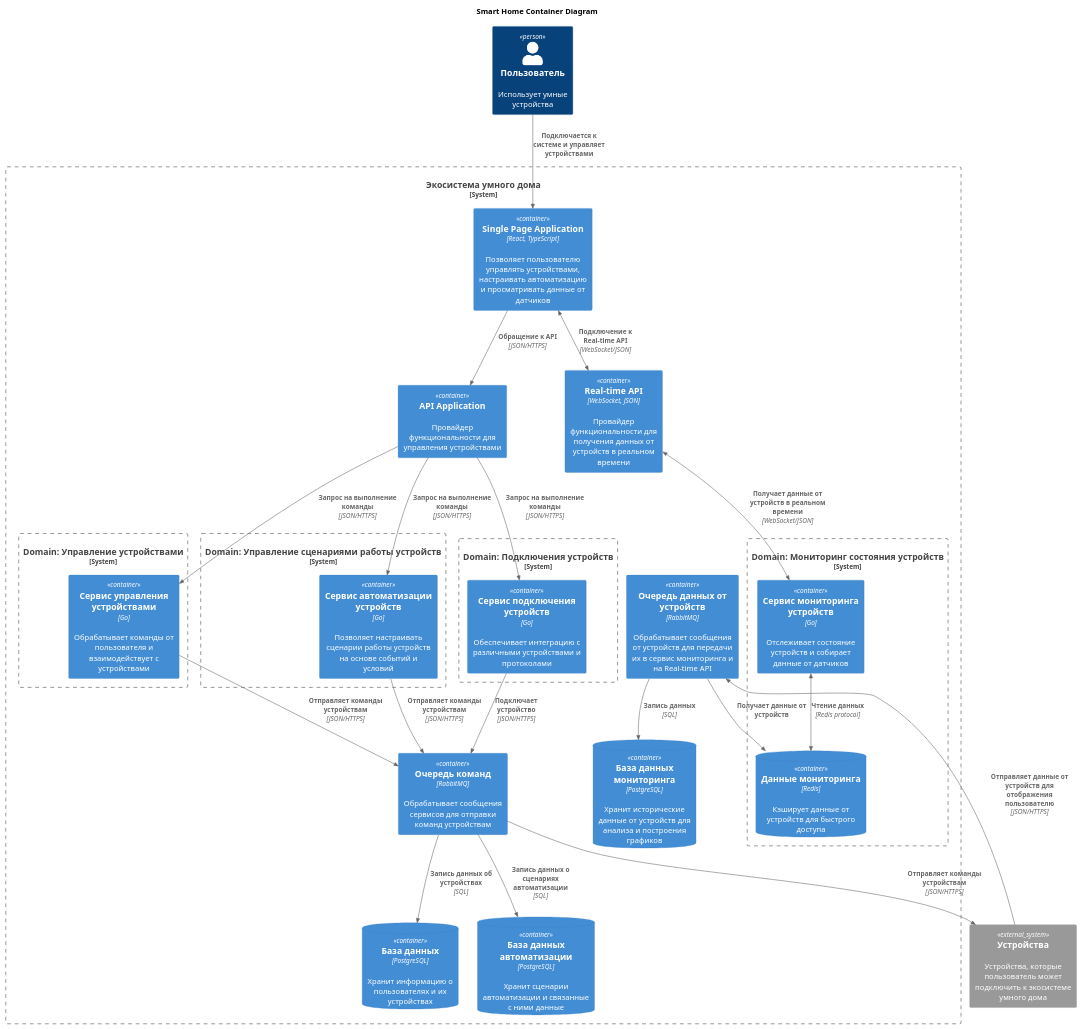
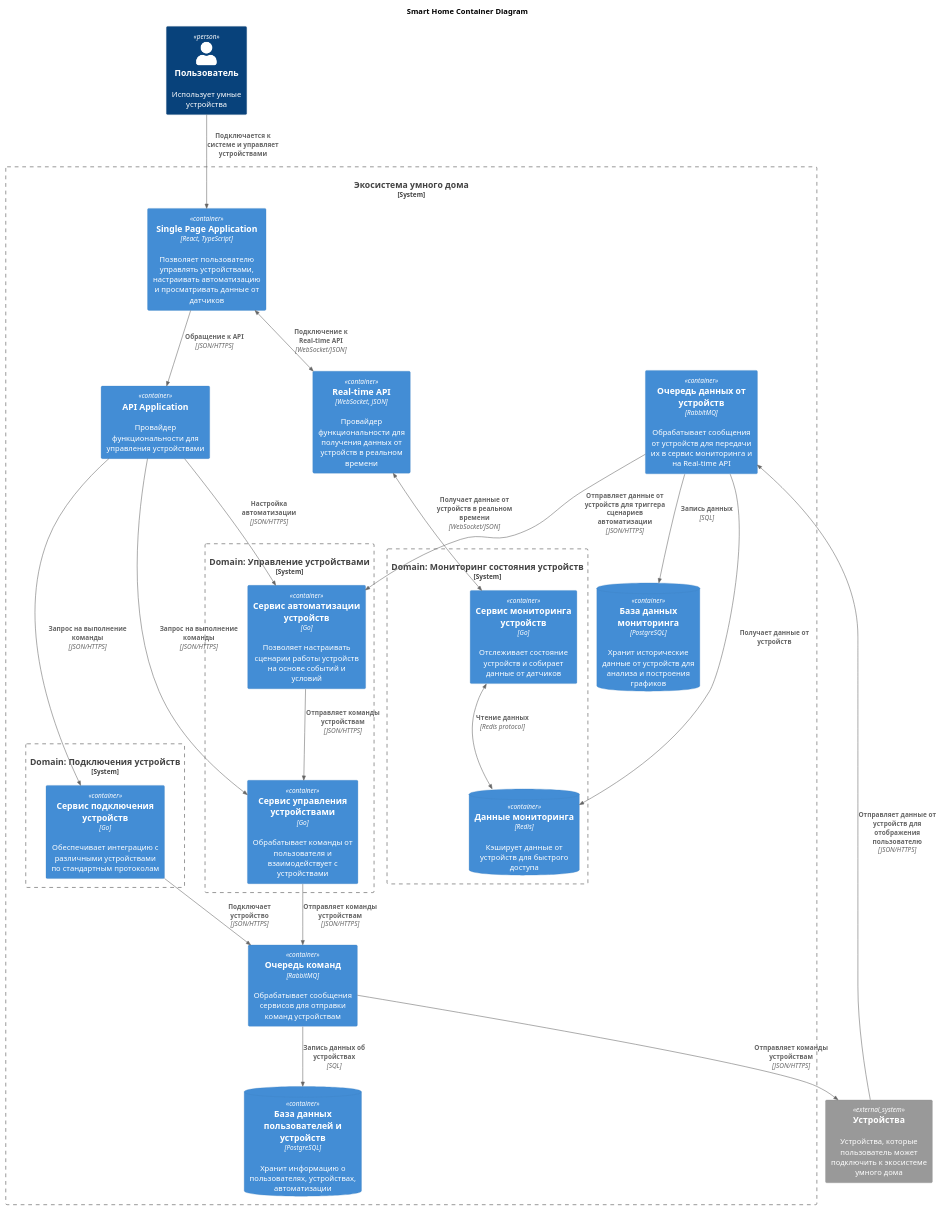
One commit to awks88/expert-octo-rotary-phone changed the diagram in docs/to-be/containers/SmartHome_container.puml. Above: the diagram before and after it, drawn with PlantUML. The commit also changed 3 other files, not shown here.

Commit message:
feat: обновление диаграмм для улучшения структуры и ясности системы умного дома

```diff
--- a/docs/to-be/containers/SmartHome_container.puml
+++ b/docs/to-be/containers/SmartHome_container.puml
@@ -1,72 +1,69 @@
 @startuml Smart Home Container Diagram
 title Smart Home Container Diagram
 
 top to bottom direction
 
 !includeurl https://raw.githubusercontent.com/RicardoNiepel/C4-PlantUML/master/C4_Component.puml
 
 
 Person(User, "Пользователь", "Использует умные устройства")
 
 
 System_Ext(UserDevices, "Устройства", "Устройства, которые пользователь может подключить к экосистеме умного дома")
 
 
 System_Boundary(SmartHomeSystem, "Экосистема умного дома") {
 
   Container(SpaApp, "Single Page Application","React, TypeScript", "Позволяет пользователю управлять устройствами, настраивать автоматизацию и просматривать данные от датчиков")
   Container(Api, "API Application", "", "Провайдер функциональности для управления устройствами")
   Container(RealTimeApi, "Real-time API", "WebSocket, JSON", "Провайдер функциональности для получения данных от устройств в реальном времени")
   Container(QueueCommands, "Очередь команд", "RabbitMQ", "Обрабатывает сообщения сервисов для отправки команд устройствам")
   Container(QueueMonitoring, "Очередь данных от устройств", "RabbitMQ", "Обрабатывает сообщения от устройств для передачи их в сервис мониторинга и на Real-time API")
   
-  ContainerDb(DeviceDatabase, "База данных", "PostgreSQL", "Хранит информацию о пользователях и их устройствах")
+  ContainerDb(DeviceDatabase, "База данных пользователей и устройств", "PostgreSQL", "Хранит информацию о пользователях, устройствах, автоматизации")
   ContainerDb(MonitoringHistory, "База данных мониторинга", "PostgreSQL", "Хранит исторические данные от устройств для анализа и построения графиков")
-  ContainerDb(AutomationDatabase, "База данных автоматизации", "PostgreSQL", "Хранит сценарии автоматизации и связанные с ними данные")
 
   System_Boundary(Connector, "Domain: Подключения устройств") {
-    Container(DeviceConnector, "Сервис подключения устройств", "Go", "Обеспечивает интеграцию с различными устройствами и протоколами")
+    Container(DeviceConnector, "Сервис подключения устройств", "Go", "Обеспечивает интеграцию с различными устройствами по стандартным протоколам")
   }
 
   System_Boundary(Handlers, "Domain: Управление устройствами") {
     Container(DeviceHandler, "Сервис управления устройствами", "Go", "Обрабатывает команды от пользователя и взаимодействует с устройствами")
+    Container(DeviceAutomation, "Сервис автоматизации устройств", "Go", "Позволяет настраивать сценарии работы устройств на основе событий и условий")
   }
 
   System_Boundary(Monitoring, "Domain: Мониторинг состояния устройств") {
     Container(DeviceMonitor, "Сервис мониторинга устройств", "Go", "Отслеживает состояние устройств и собирает данные от датчиков")
     ContainerDb(MonitorCache, "Данные мониторинга", "Redis", "Кэширует данные от устройств для быстрого доступа")
-  }
-
-  System_Boundary(Automation, "Domain: Управление сценариями работы устройств") {
-    Container(DeviceAutomation, "Сервис автоматизации устройств", "Go", "Позволяет настраивать сценарии работы устройств на основе событий и условий")
   }
 
 }
 
 Rel(User, SpaApp, "Подключается к системе и управляет устройствами")
 
 Rel(SpaApp, Api, "Обращение к API", "JSON/HTTPS")
 BiRel(SpaApp, RealTimeApi, "Подключение к Real-time API", "WebSocket/JSON")
 
 BiRel(RealTimeApi, DeviceMonitor, "Получает данные от устройств в реальном времени", "WebSocket/JSON")
 
 Rel(Api, DeviceConnector, "Запрос на выполнение команды", "JSON/HTTPS")
 Rel(Api, DeviceHandler, "Запрос на выполнение команды", "JSON/HTTPS")
-Rel(Api, DeviceAutomation, "Запрос на выполнение команды", "JSON/HTTPS")
+Rel(Api, DeviceAutomation, "Настройка автоматизации", "JSON/HTTPS")
 
 Rel(DeviceConnector, QueueCommands, "Подключает устройство", "JSON/HTTPS")
 Rel(DeviceHandler, QueueCommands, "Отправляет команды устройствам", "JSON/HTTPS")
 BiRel(DeviceMonitor, MonitorCache, "Чтение данных", "Redis protocol")
-Rel(DeviceAutomation, QueueCommands, "Отправляет команды устройствам", "JSON/HTTPS")
+
+Rel(DeviceAutomation, DeviceHandler, "Отправляет команды устройствам", "JSON/HTTPS")
 
 Rel(QueueMonitoring, MonitoringHistory, "Запись данных", "SQL")
 Rel(QueueMonitoring, MonitorCache, "Получает данные от устройств")
+Rel(QueueMonitoring, DeviceAutomation, "Отправляет данные от устройств для триггера сценариев автоматизации", "JSON/HTTPS")
 
 Rel(UserDevices, QueueMonitoring, "Отправляет данные от устройств для отображения пользователю", "JSON/HTTPS")
 
 Rel(QueueCommands, UserDevices, "Отправляет команды устройствам", "JSON/HTTPS")
 Rel(QueueCommands, DeviceDatabase, "Запись данных об устройствах", "SQL")
-Rel(QueueCommands, AutomationDatabase, "Запись данных о сценариях автоматизации", "SQL")
 
 
 @enduml
```
